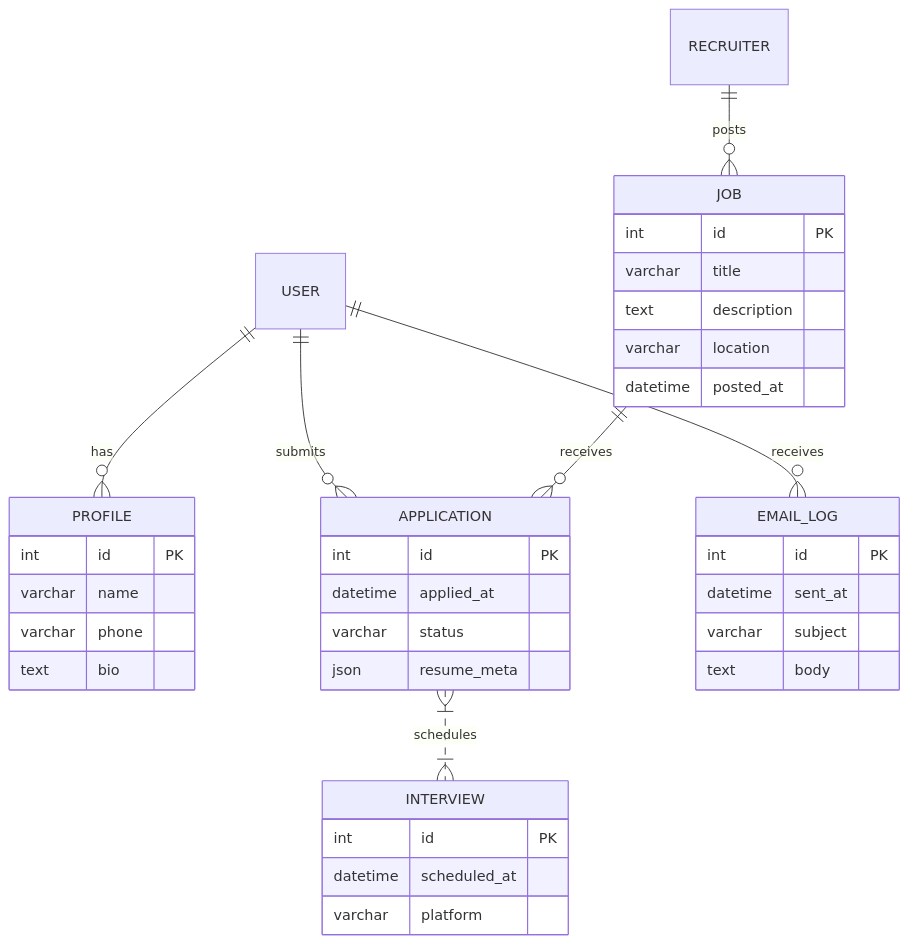
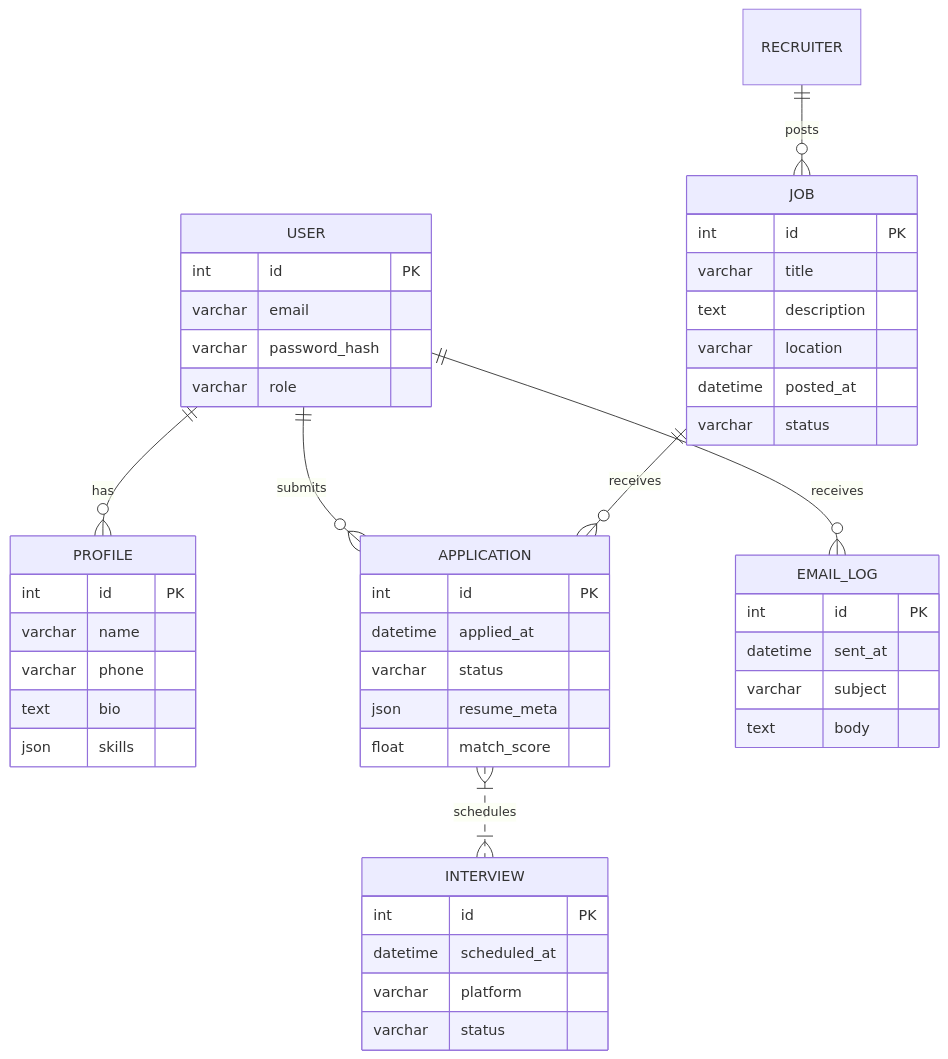
The fifth of 5 diagrams in README.md (sridharSTR/smart-job-tracker), drawn with Mermaid before and after one commit. The commit also changed other lines of this file, not shown here.

````diff
--- a/README.md
+++ b/README.md
@@ -240,39 +340,50 @@
 ```mermaid
 erDiagram
     USER ||--o{ PROFILE : has
     USER ||--o{ APPLICATION : submits
+    USER ||--o{ EMAIL_LOG : receives
     RECRUITER ||--o{ JOB : posts
     JOB ||--o{ APPLICATION : receives
     APPLICATION }|..|{ INTERVIEW : schedules
-    USER ||--o{ EMAIL_LOG : receives
+
+    USER {
+        int id PK
+        varchar email
+        varchar password_hash
+        varchar role
+    }
     PROFILE {
         int id PK
         varchar name
         varchar phone
         text bio
+        json skills
     }
     JOB {
         int id PK
         varchar title
         text description
         varchar location
         datetime posted_at
+        varchar status
     }
     APPLICATION {
         int id PK
         datetime applied_at
         varchar status
         json resume_meta
+        float match_score
     }
     INTERVIEW {
         int id PK
         datetime scheduled_at
         varchar platform
+        varchar status
     }
     EMAIL_LOG {
         int id PK
         datetime sent_at
         varchar subject
         text body
     }
 ```
````
